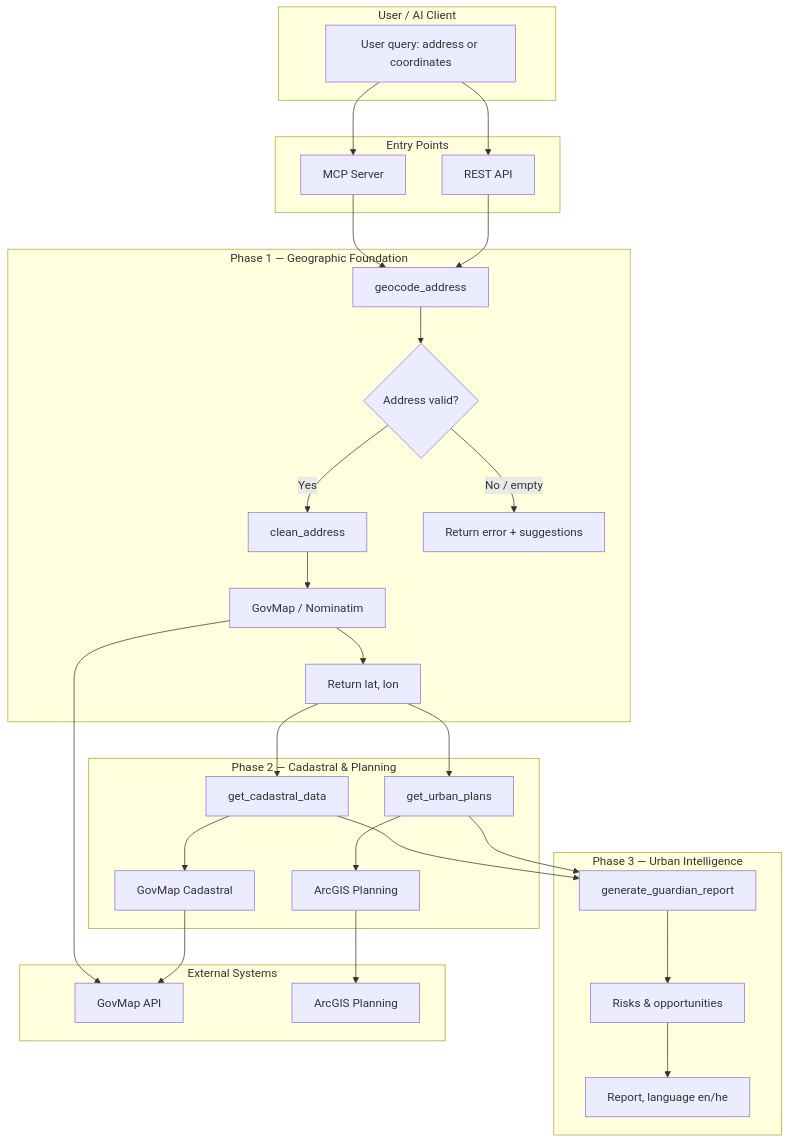
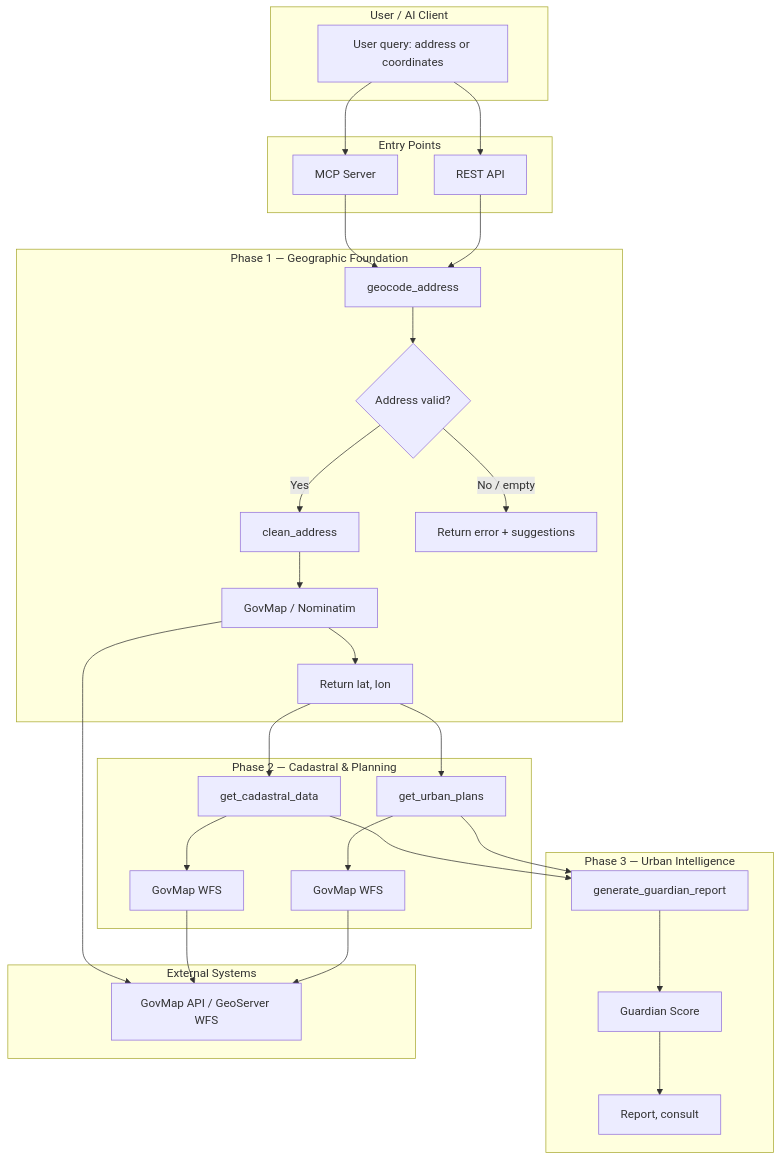
The first of 5 diagrams in README.md (GaryShnol/urban-guardian-mcp), drawn with Mermaid before and after one commit. The commit also changed other lines of this file and 26 other files, not shown here.

Commit message:
fix(plans): use working MAVAT links instead of broken GovMap URLs

````diff
--- a/README.md
+++ b/README.md
@@ -54,59 +82,58 @@
 ```mermaid
 flowchart TB
     subgraph User["User / AI Client"]
         A[User query: address or coordinates]
     end
 
     subgraph Entry["Entry Points"]
         MCP[MCP Server]
         REST[REST API]
     end
 
     subgraph Phase1["Phase 1 — Geographic Foundation"]
         B[geocode_address]
         B1{Address valid?}
         B2[clean_address]
         B3[GovMap / Nominatim]
         B4[Return lat, lon]
         B5[Return error + suggestions]
     end
 
     subgraph Phase2["Phase 2 — Cadastral & Planning"]
         C[get_cadastral_data]
         D[get_urban_plans]
-        C1[GovMap Cadastral]
-        D1[ArcGIS Planning]
+        C1[GovMap WFS]
+        D1[GovMap WFS]
     end
 
     subgraph Phase3["Phase 3 — Urban Intelligence"]
         E[generate_guardian_report]
-        E1[Risks & opportunities]
-        E2[Report, language en/he]
+        E1[Guardian Score]
+        E2[Report, consult]
     end
 
     subgraph External["External Systems"]
-        GovMap[GovMap API]
-        ArcGIS[ArcGIS Planning]
+        GovMap[GovMap API / GeoServer WFS]
     end
 
     A --> MCP
     A --> REST
     MCP --> B
     REST --> B
     B --> B1
     B1 -->|Yes| B2
     B2 --> B3
     B3 --> GovMap
     B3 --> B4
     B1 -->|No / empty| B5
     B4 --> C
     B4 --> D
     C --> C1
     D --> D1
     C1 --> GovMap
-    D1 --> ArcGIS
+    D1 --> GovMap
     C --> E
     D --> E
     E --> E1
     E1 --> E2
 ```
````
